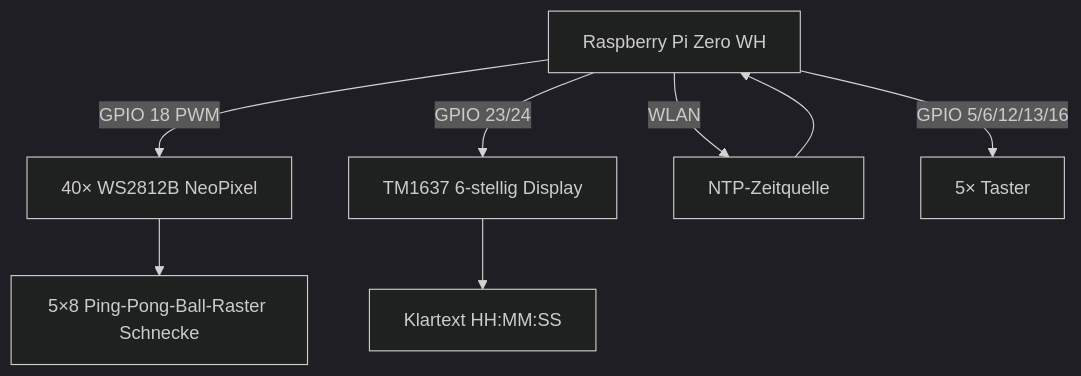
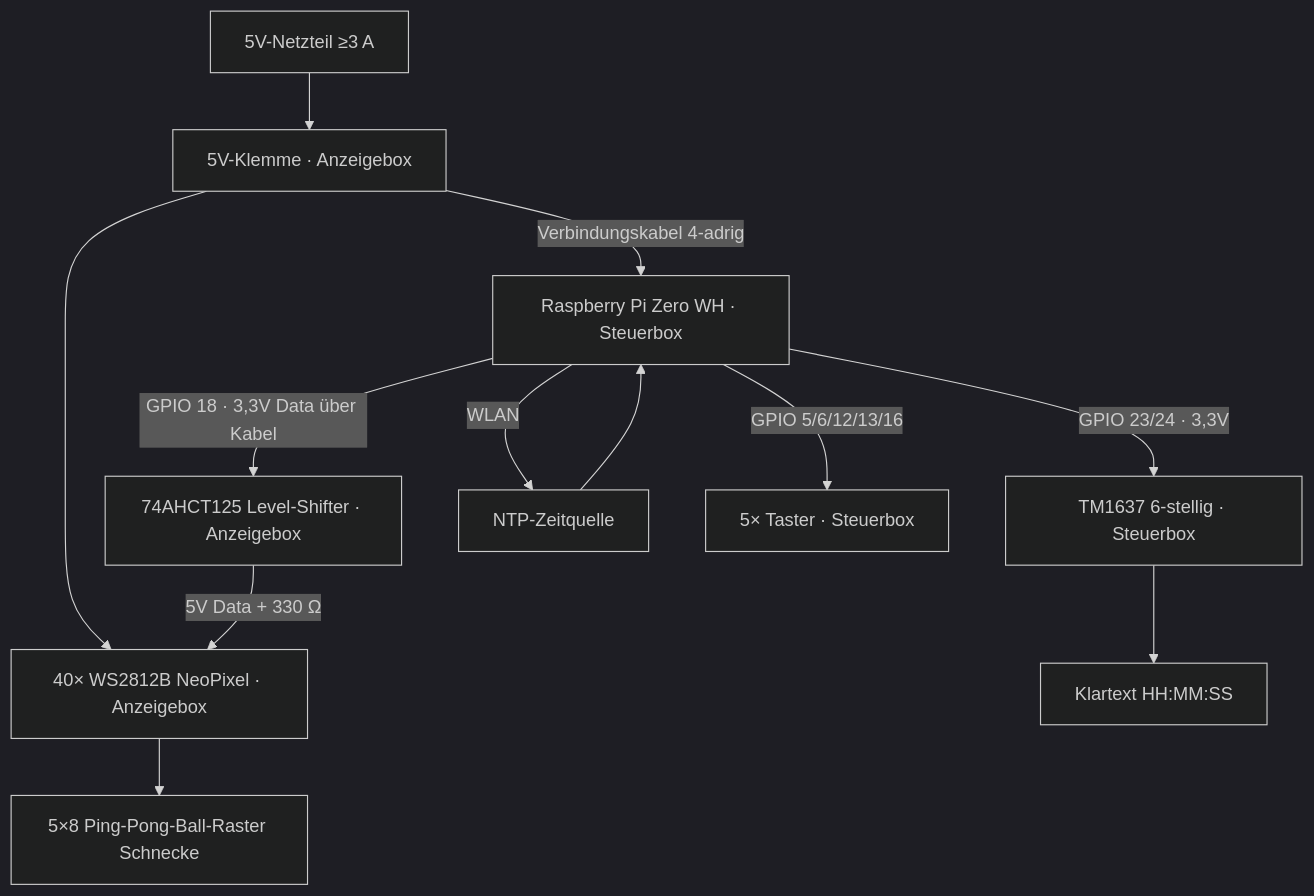
One commit to Paul-3400/fibonacci-ping-pong-clock changed the first of 2 diagrams in docs/Fibonacci_PingPong_Uhr_Bauanleitung.md. Above: the diagram before and after it, drawn with Mermaid (dark theme). The commit also changed other lines of this file, not shown here.

Commit message:
docs: Bauanleitung – 5V-Stromversorgung, Zwei-Gehauese-Konzept (Steuerbox + Anzeigebox), Datenblatt-Verweise

````diff
--- a/docs/Fibonacci_PingPong_Uhr_Bauanleitung.md
+++ b/docs/Fibonacci_PingPong_Uhr_Bauanleitung.md
@@ -97,10 +101,14 @@
 ```mermaid
 graph TD
-    A[Raspberry Pi Zero WH] -->|GPIO 18 PWM| B[40× WS2812B NeoPixel]
-    A -->|GPIO 23/24| C[TM1637 6-stellig Display]
+    NET[5V-Netzteil ≥3 A] --> KL[5V-Klemme · Anzeigebox]
+    KL --> B[40× WS2812B NeoPixel · Anzeigebox]
+    KL -->|Verbindungskabel 4-adrig| A[Raspberry Pi Zero WH · Steuerbox]
+    A -->|GPIO 18 · 3,3V Data über Kabel| S[74AHCT125 Level-Shifter · Anzeigebox]
+    S -->|5V Data + 330 Ω| B
+    A -->|GPIO 23/24 · 3,3V| C[TM1637 6-stellig · Steuerbox]
     A -->|WLAN| D[NTP-Zeitquelle]
     D --> A
-    A -->|GPIO 5/6/12/13/16| G[5× Taster]
+    A -->|GPIO 5/6/12/13/16| G[5× Taster · Steuerbox]
     B --> E[5×8 Ping-Pong-Ball-Raster Schnecke]
     C --> F[Klartext HH:MM:SS]
 ```
````
